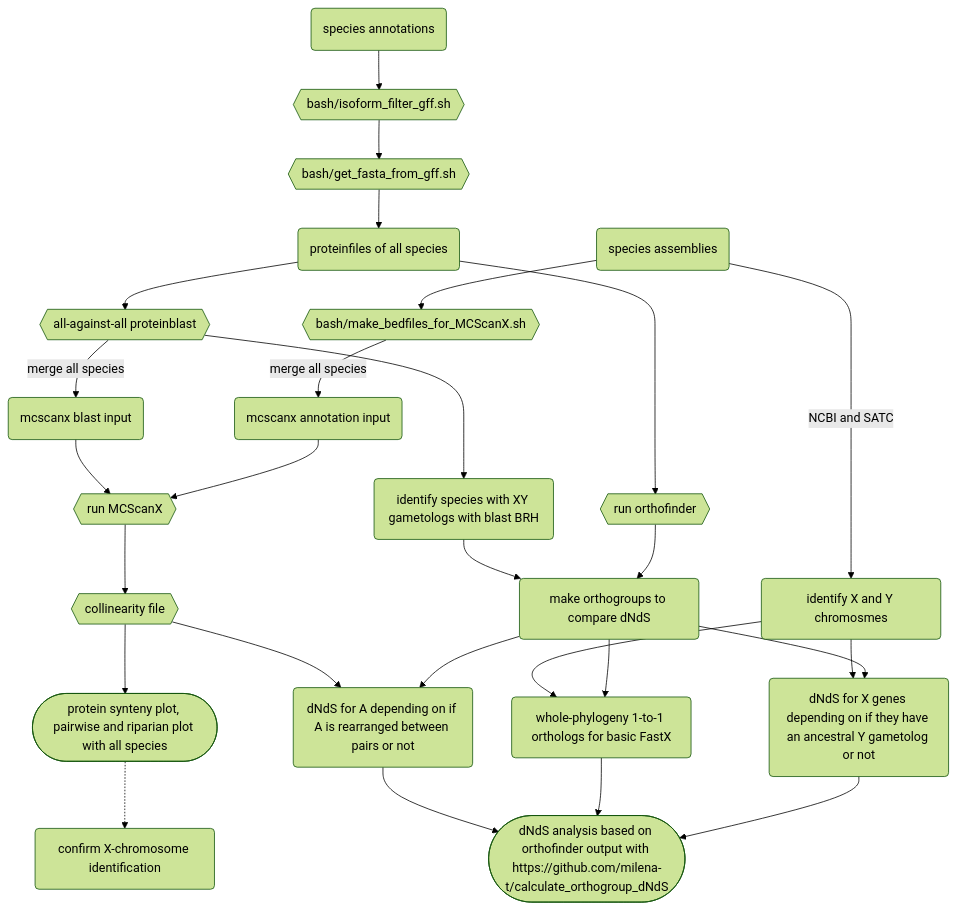
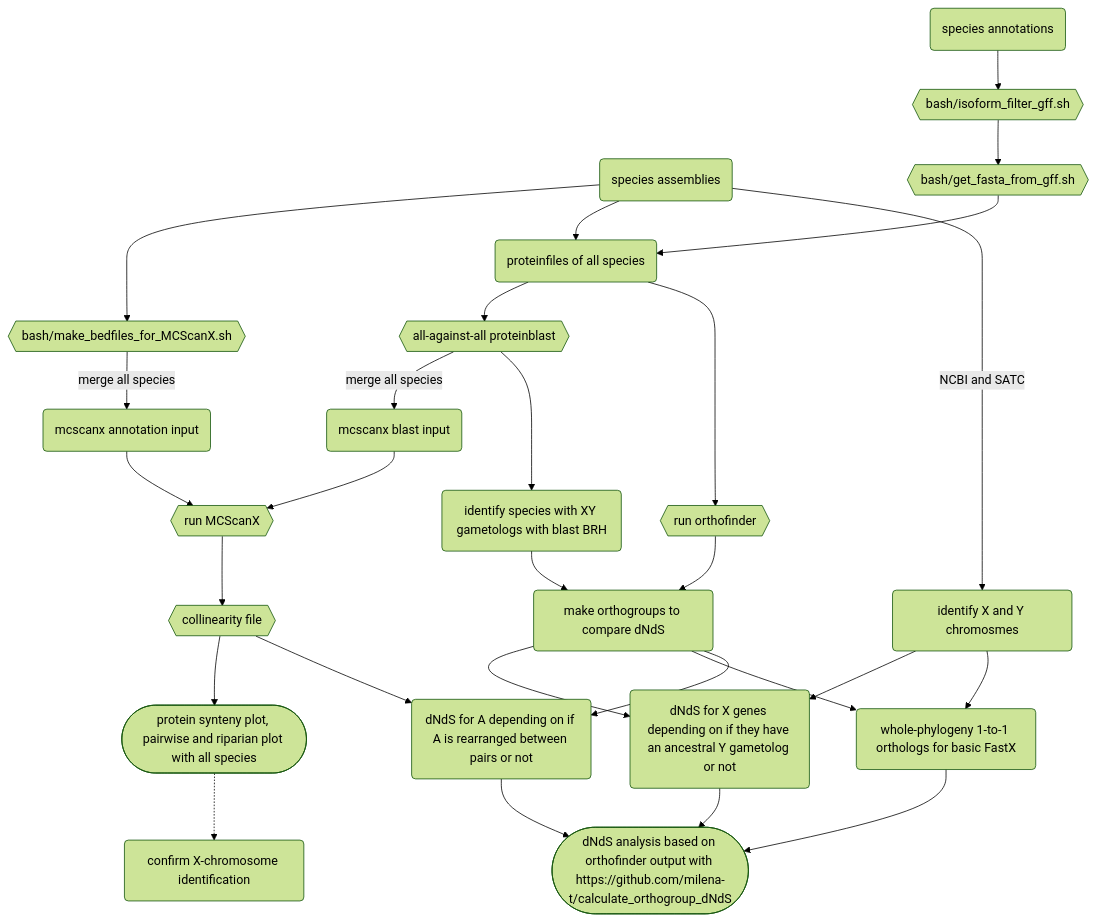
Before and after one commit to milena-t/PhD_chapter3: the diagram in README.md, drawn with Mermaid (forest theme).

Commit message:
moremermaid

````diff
--- a/README.md
+++ b/README.md
@@ -55,44 +55,46 @@
 ```mermaid
 graph TD;
     species_Ass(species assemblies);
     species_Ass --> simplified_bed{{bash/make_bedfiles_for_MCScanX.sh}};
     simplified_bed -- merge all species --> mcscanx_bed(mcscanx annotation input);
     
     species_Ann(species annotations);
     species_Ann --> is_filter{{bash/isoform_filter_gff.sh}};
     is_filter --> get_prot{{bash/get_fasta_from_gff.sh}};
     get_prot --> protfiles(proteinfiles of all species);
+    species_Ass --> protfiles
     protfiles --> blast{{all-against-all proteinblast}};
     blast -- merge all species --> mcscanx_blast(mcscanx blast input);
+
 
     mcscanx_bed --> run_mcscanx{{run MCScanX}};
     mcscanx_blast --> run_mcscanx
     run_mcscanx --> mcscanx_out{{collinearity file}}
     mcscanx_out --> mcscanx_plot([protein synteny plot, pairwise and riparian plot with all species])
     mcscanx_plot .-> conf_X(confirm X-chromosome identification)
 
     species_Ass -- NCBI and SATC --> XY_chr(identify X and Y chromosmes);
     protfiles --> orthofinder{{run orthofinder}};
     
     blast --> XY_paralogs(identify species with XY gametologs with blast BRH);
     dNdS_groups(make orthogroups to compare dNdS);
     orthofinder --> dNdS_groups;
     XY_paralogs --> dNdS_groups;
 
     rearrangeA(dNdS for A depending on if A is rearranged between pairs or not)
     basicFastX(whole-phylogeny 1-to-1 orthologs for basic FastX);
     gametologs(dNdS for X genes depending on if they have an ancestral Y gametolog or not);
 
     dNdS_groups --> gametologs;
     dNdS_groups --> basicFastX;
     dNdS_groups --> rearrangeA;
     XY_chr --> gametologs
     XY_chr --> basicFastX
     mcscanx_out --> rearrangeA
 
     OG_dNdS([dNdS analysis based on orthofinder output with https://github.com/milena-t/calculate_orthogroup_dNdS])
     gametologs --> OG_dNdS
     basicFastX --> OG_dNdS
     rearrangeA --> OG_dNdS
 
 ```   
````
